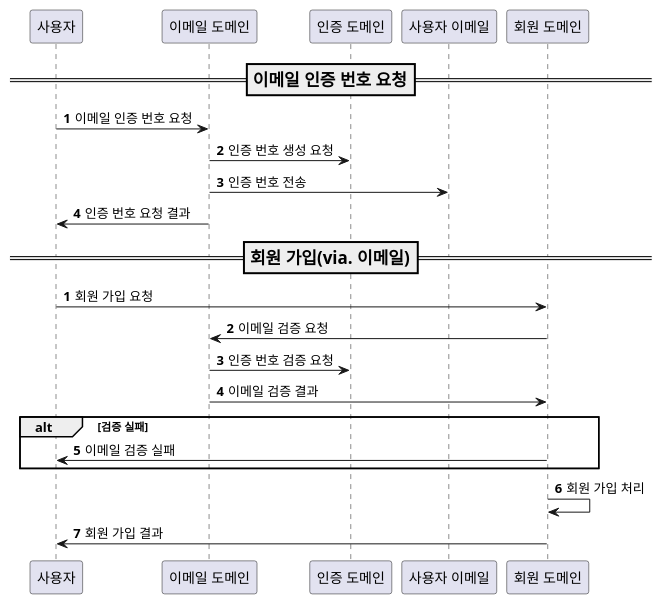
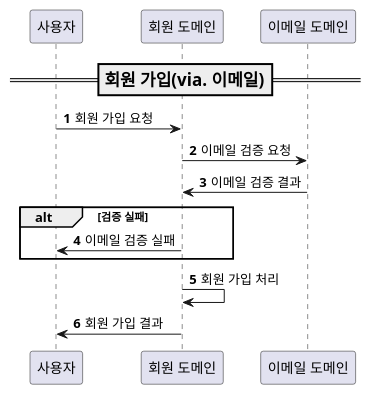
The diagram in .uml/member/Sequence.puml (dykim-base-project/boot2-hexagonal), drawn with PlantUML before and after one commit. The commit also changed 33 other files, not shown here.

Commit message:
fix: README, uml, flyway sql 보완, 이메일 useCase 수정, entity 길이 설정

```diff
--- a/.uml/member/Sequence.puml
+++ b/.uml/member/Sequence.puml
@@ -1,20 +1,12 @@
 @startuml
-autonumber
-=== 이메일 인증 번호 요청 ==
-사용자 -> "이메일 도메인": 이메일 인증 번호 요청
-"이메일 도메인" -> "인증 도메인": 인증 번호 생성 요청
-"이메일 도메인" -> "사용자 이메일": 인증 번호 전송
-"이메일 도메인" -> 사용자: 인증 번호 요청 결과
-
 autonumber
 === 회원 가입(via. 이메일) ==
 사용자 -> "회원 도메인": 회원 가입 요청
 "회원 도메인" -> "이메일 도메인": 이메일 검증 요청
-"이메일 도메인" -> "인증 도메인": 인증 번호 검증 요청
 "이메일 도메인" -> "회원 도메인": 이메일 검증 결과
 alt 검증 실패
   "회원 도메인" -> 사용자: 이메일 검증 실패
 end
 "회원 도메인" -> "회원 도메인": 회원 가입 처리
 "회원 도메인" -> 사용자: 회원 가입 결과
 @enduml
```
